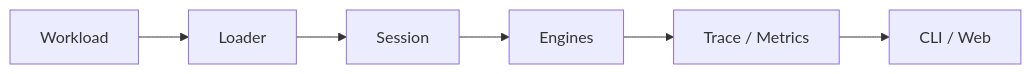
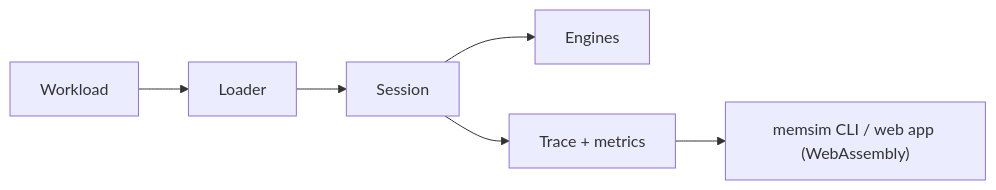
The diagram in README.md (CyberKnight-cmd/memforge), drawn with Mermaid before and after one commit. The commit also changed other lines of this file and 49 other files, not shown here.

````diff
--- a/README.md
+++ b/README.md
@@ -20,8 +20,8 @@
 ```mermaid
 flowchart LR
     workload["Workload"] --> loader["Loader"]
     loader --> session["Session"]
     session --> engines["Engines"]
-    engines --> trace["Trace / Metrics"]
-    trace --> ui["CLI / Web"]
+    session --> trace["Trace + metrics"]
+    trace --> ui["memsim CLI / web app (WebAssembly)"]
 ```
````
